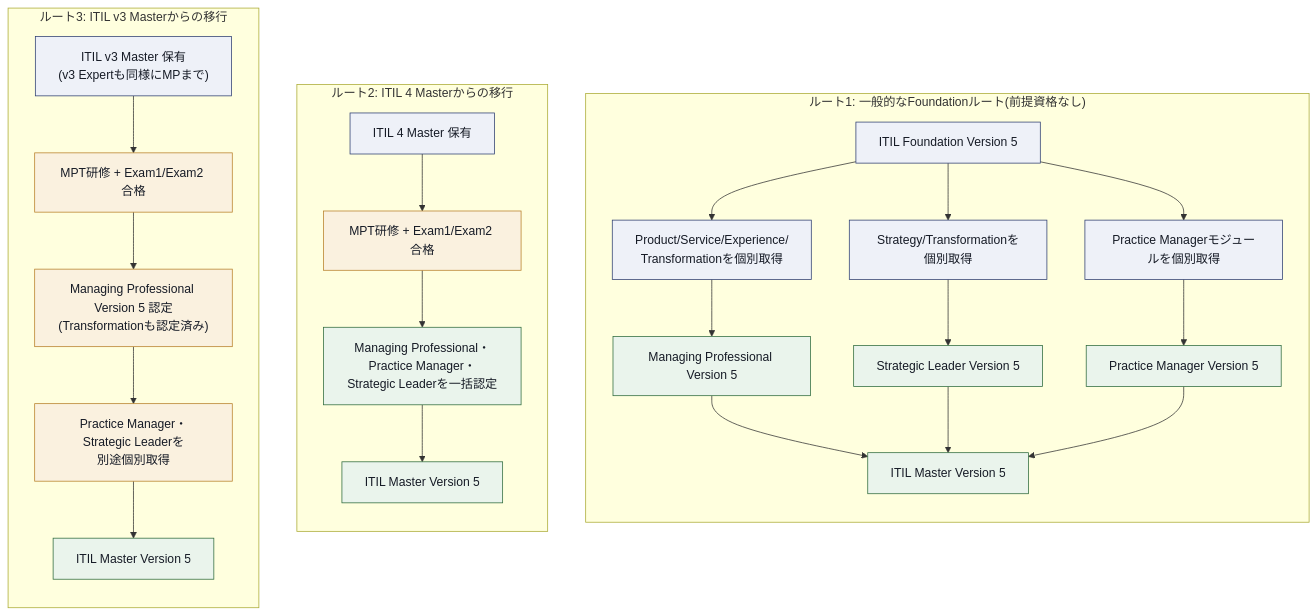
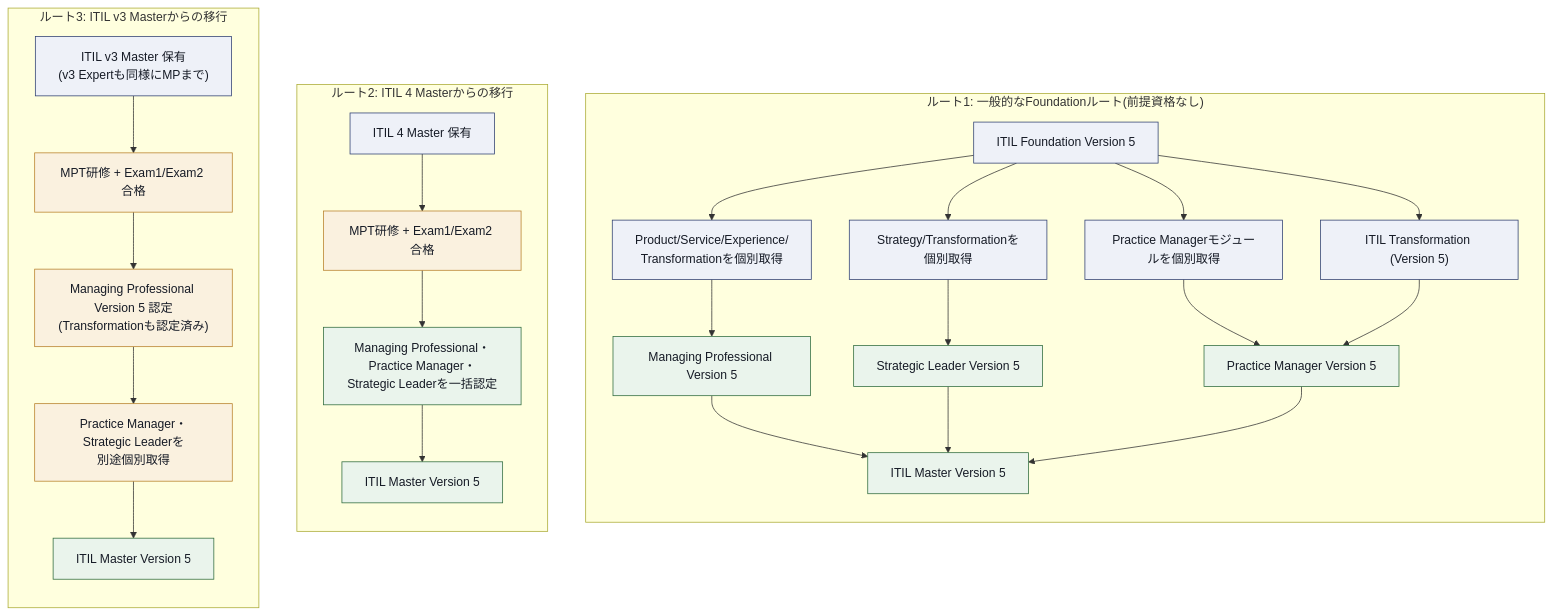
Before and after one commit to myoshi2891/Management-Team-Building-Studies: the first of 9 diagrams in Itil-managing-professional-transition-v5-guide.md, drawn with Mermaid. The commit also changed other lines of this file, not shown here.

Commit message:
docs(itil): update MPT guide with Transformation path and PSLM clarification

````diff
--- a/Itil-managing-professional-transition-v5-guide.md
+++ b/Itil-managing-professional-transition-v5-guide.md
@@ -44,37 +44,39 @@
 ```mermaid
 flowchart TB
     subgraph RouteGeneral["ルート1: 一般的なFoundationルート(前提資格なし)"]
         direction TB
         FG["ITIL Foundation Version 5"] --> FG2["Product/Service/Experience/<br/>Transformationを個別取得"]
         FG2 --> FG3["Managing Professional Version 5"]
         FG --> FG4["Strategy/Transformationを個別取得"]
         FG4 --> FG5["Strategic Leader Version 5"]
         FG --> FG6["Practice Managerモジュールを個別取得"]
         FG6 --> FG7["Practice Manager Version 5"]
+        FG --> FGT["ITIL Transformation (Version 5)"]
+        FGT --> FG7
         FG3 --> FG8["ITIL Master Version 5"]
         FG5 --> FG8
         FG7 --> FG8
     end
 
     subgraph Route4["ルート2: ITIL 4 Masterからの移行"]
         direction TB
         M4["ITIL 4 Master 保有"] --> MPT4["MPT研修 + Exam1/Exam2 合格"]
         MPT4 --> M4R["Managing Professional・Practice Manager・<br/>Strategic Leaderを一括認定"]
         M4R --> M4M["ITIL Master Version 5"]
     end
 
     subgraph RouteV3["ルート3: ITIL v3 Masterからの移行"]
         direction TB
         M3["ITIL v3 Master 保有<br/>(v3 Expertも同様にMPまで)"] --> MPT3["MPT研修 + Exam1/Exam2 合格"]
         MPT3 --> M3R["Managing Professional Version 5 認定<br/>(Transformationも認定済み)"]
         M3R --> M3S["Practice Manager・Strategic Leaderを<br/>別途個別取得"]
         M3S --> M3M["ITIL Master Version 5"]
     end
 
     classDef box fill:#EEF1F8,stroke:#2E3F72,color:#161B26
     classDef hub fill:#FAF1DF,stroke:#B8802A,color:#161B26
     classDef done fill:#EAF4EC,stroke:#2F6B3D,color:#161B26
-    class FG,FG2,FG4,FG6,M4,M3 box
+    class FG,FG2,FG4,FG6,FGT,M4,M3 box
     class MPT4,MPT3,M3R,M3S hub
     class FG3,FG5,FG7,FG8,M4R,M4M,M3M done
 ```
````
